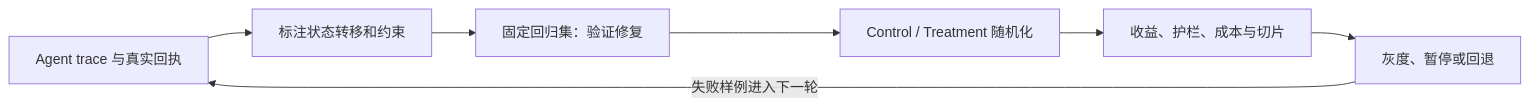
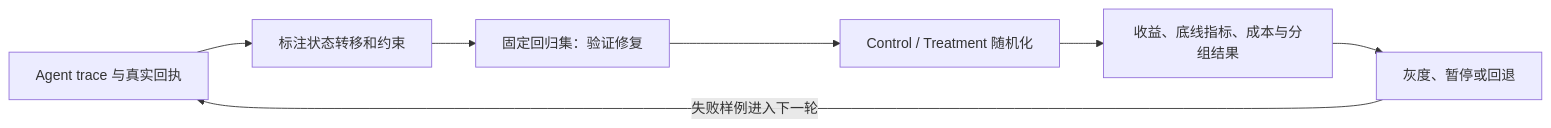
One commit to ChanChiChoi/llm-from-zero-to-interview changed the first of 2 diagrams in book-03-practical-handbook/chapters/10-agent轨迹与线上评估实战-1-轨迹诊断.md. Above: the diagram before and after it, drawn with Mermaid. The commit also changed other lines of this file and 78 other files, not shown here.

````diff
--- a/book-03-practical-handbook/chapters/10-agent轨迹与线上评估实战-1-轨迹诊断.md
+++ b/book-03-practical-handbook/chapters/10-agent轨迹与线上评估实战-1-轨迹诊断.md
@@ -7,9 +7,9 @@
 ```mermaid
 flowchart LR
     A["Agent trace 与真实回执"] --> B["标注状态转移和约束"]
     B --> C["固定回归集：验证修复"]
     C --> D["Control / Treatment 随机化"]
-    D --> E["收益、护栏、成本与切片"]
+    D --> E["收益、底线指标、成本与分组结果"]
     E --> F["灰度、暂停或回退"]
     F -->|"失败样例进入下一轮"| A
 ```
````
